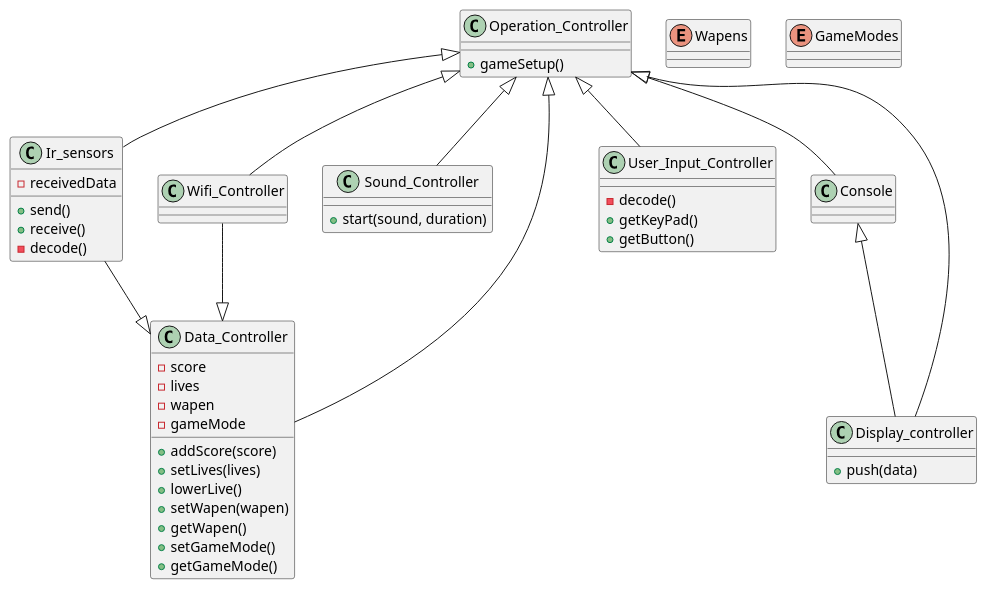
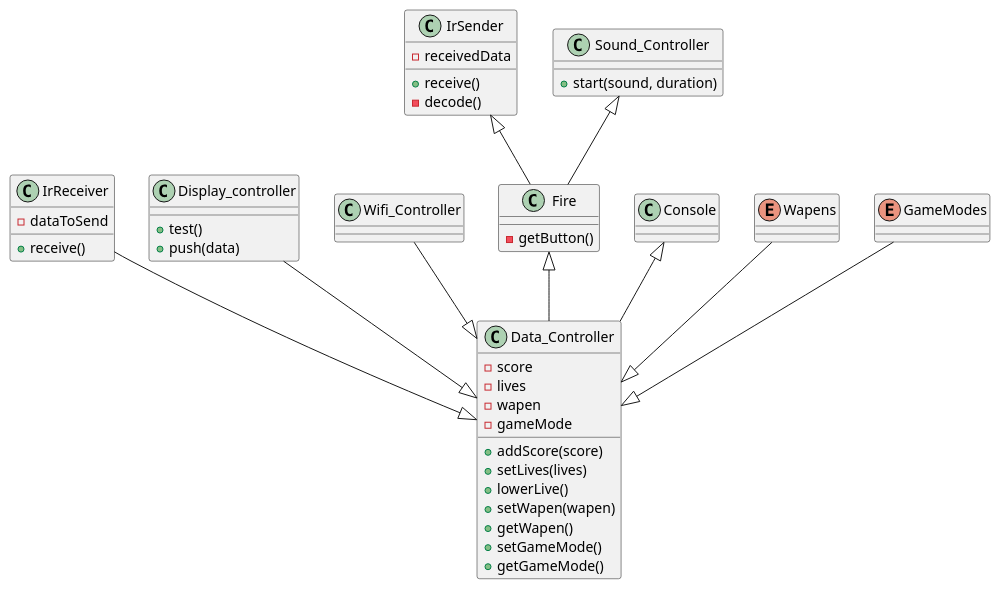
The diagram in Docs/class.puml (DavidDriessen/Skilled-Eagle_Lazer-Game), drawn with PlantUML before and after one commit. The commit also changed 3 other files, not shown here.

Commit message:
classe diagram png

```diff
--- a/Docs/class.puml
+++ b/Docs/class.puml
@@ -1,62 +1,60 @@
 @startuml
 
-class Ir_sensors{
+class IrReceiver{
+-dataToSend
++receive()
+}
+class IrSender{
 -receivedData
-+send()
 +receive()
 -decode()
 }
 class Display_controller {
++test()
 +push(data)
 }
 class Sound_Controller{
 +start(sound, duration)
 }
 class Wifi_Controller{
 
 }
-class User_Input_Controller{
--decode()
-+getKeyPad()
-+getButton()
+class Fire{
+-getButton()
 }
 class Console{
-}
-class Operation_Controller{
-+gameSetup()
 }
 class Data_Controller{
 -score
 -lives
 -wapen
 -gameMode
 +addScore(score)
 +setLives(lives)
 +lowerLive()
 +setWapen(wapen)
 +getWapen()
 +setGameMode()
 +getGameMode()
 }
 
 enum Wapens
 enum GameModes
 
-Operation_Controller <|-- Data_Controller
-Operation_Controller <|-- Display_controller
-Operation_Controller <|-- Console
-Operation_Controller <|-- Wifi_Controller
-Operation_Controller <|-- Sound_Controller
-Operation_Controller <|-- User_Input_Controller
-Operation_Controller <|-- Ir_sensors
 
-Console <|-- Display_controller
+Console <|-- Data_Controller
 Wifi_Controller --|> Data_Controller
-Ir_sensors --|> Data_Controller
+Display_controller --|> Data_Controller
+IrReceiver --|> Data_Controller
+IrSender <|-- Fire
+Fire <|-- Data_Controller
+Wapens --|> Data_Controller
+GameModes --|> Data_Controller
+Sound_Controller <|-- Fire
 
 'class ArrayList {
 'Object[] elementData
 'size()
 '}
 
 @enduml
```
